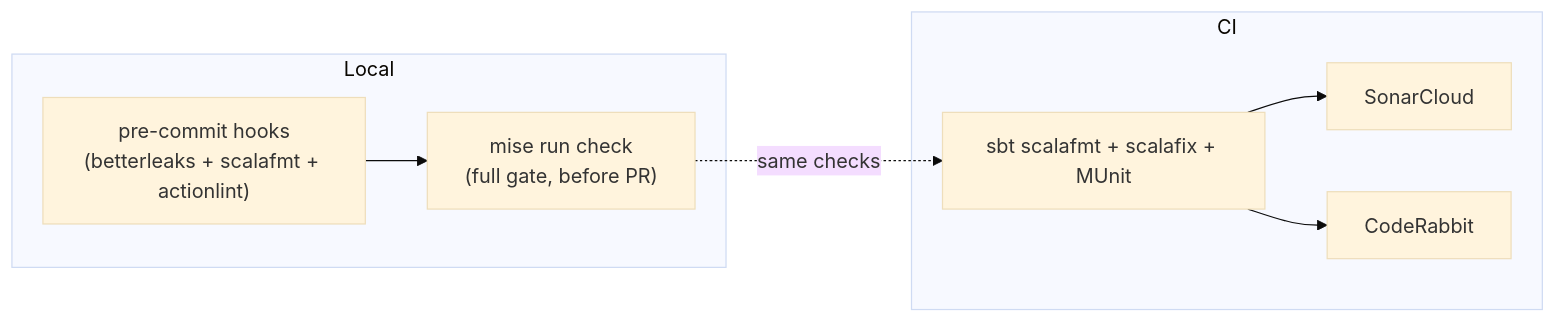
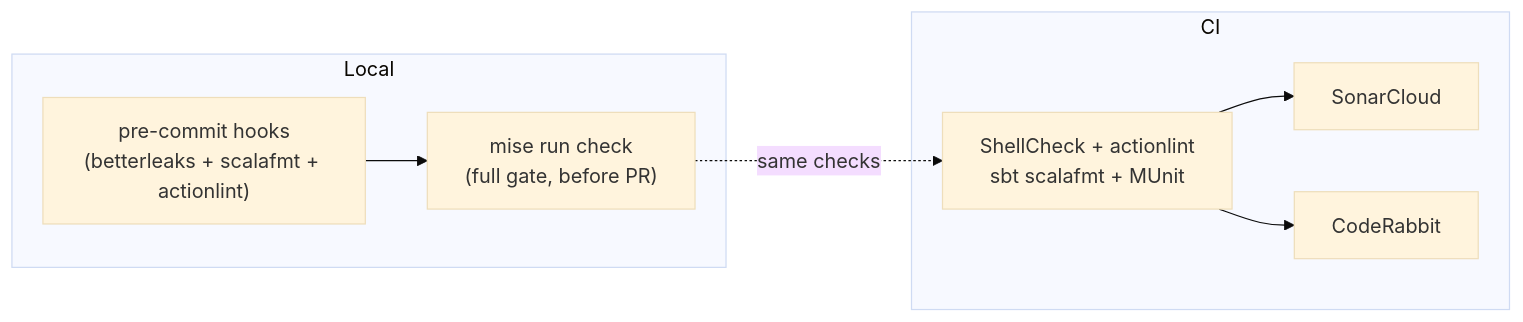
One commit to fortemate/dicechess-engine changed the diagram in docs/src/content/docs/architecture/code-reviews.md. Above: the diagram before and after it, drawn with Mermaid (base theme). The commit also changed other lines of this file and 8 other files, not shown here.

````diff
--- a/docs/src/content/docs/architecture/code-reviews.md
+++ b/docs/src/content/docs/architecture/code-reviews.md
@@ -14,11 +14,11 @@
 ```mermaid
 graph LR
     subgraph Local
         A["pre-commit hooks<br/>(betterleaks + scalafmt + actionlint)"] --> B["mise run check<br/>(full gate, before PR)"]
     end
     subgraph CI
-        C["sbt scalafmt + scalafix + MUnit"] --> D["SonarCloud"]
+        C["ShellCheck + actionlint<br/>sbt scalafmt + MUnit"] --> D["SonarCloud"]
         C --> E["CodeRabbit"]
     end
     B -.->|same checks| C
 ```
````
